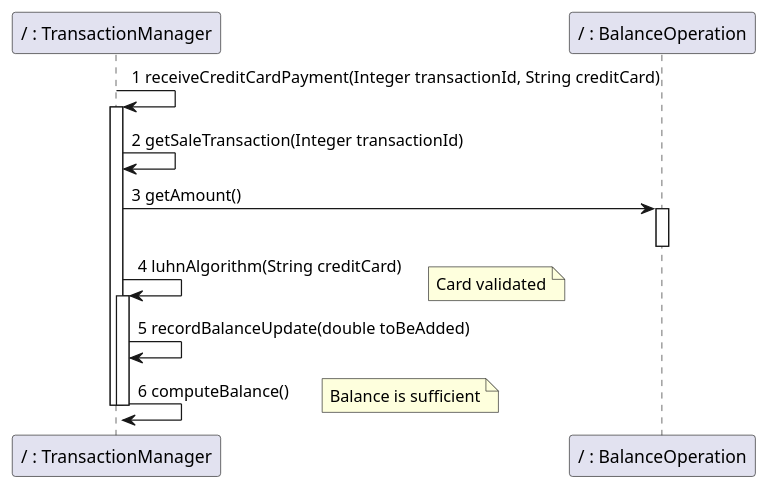
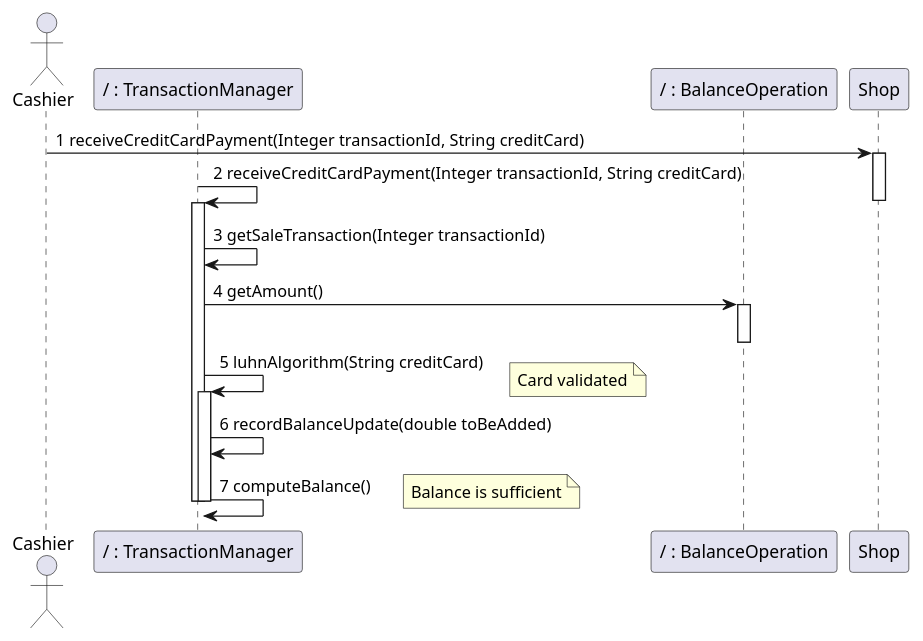
Diagram 31 of 32 in Deliverables/DesignDocument.md (nicolabattaglino/ezshop), drawn with PlantUML before and after one commit. The commit also changed other lines of this file, not shown here.

Commit message:
added cashier

````diff
--- a/Deliverables/DesignDocument.md
+++ b/Deliverables/DesignDocument.md
@@ -1440,23 +1473,26 @@
 ```plantuml
 @startuml
 
-
+actor Cashier
 participant "/ : TransactionManager" as TransactionManager
 participant "/ : BalanceOperation" as BalanceOperation
-TransactionManager -> TransactionManager:1 receiveCreditCardPayment(Integer transactionId, String creditCard)
+Cashier -> Shop :1 receiveCreditCardPayment(Integer transactionId, String creditCard)
+activate Shop
+TransactionManager -> TransactionManager:2 receiveCreditCardPayment(Integer transactionId, String creditCard)
+deactivate Shop
 activate TransactionManager
-TransactionManager-> TransactionManager:2 getSaleTransaction(Integer transactionId)
-TransactionManager-> BalanceOperation:3 getAmount()
+TransactionManager-> TransactionManager:3 getSaleTransaction(Integer transactionId)
+TransactionManager-> BalanceOperation:4 getAmount()
 activate BalanceOperation
 deactivate BalanceOperation
-TransactionManager -> TransactionManager:4 luhnAlgorithm(String creditCard)
+TransactionManager -> TransactionManager:5 luhnAlgorithm(String creditCard)
 activate TransactionManager
 note right : Card validated
-TransactionManager -> TransactionManager:5 recordBalanceUpdate(double toBeAdded)
-TransactionManager -> TransactionManager:6 computeBalance()
+TransactionManager -> TransactionManager:6 recordBalanceUpdate(double toBeAdded)
+TransactionManager -> TransactionManager:7 computeBalance()
 deactivate TransactionManager
 note right: Balance is sufficient
 deactivate TransactionManager
 
 @enduml
 ```
````
